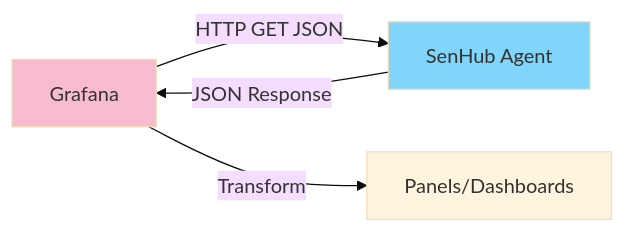
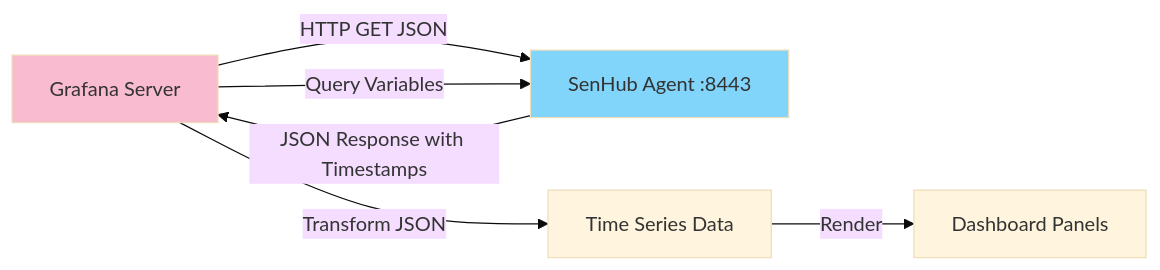
The fourth of 7 diagrams in docs/user-guide/METRICS-USAGE.md (senhub-io/senhub-agent), drawn with Mermaid (base theme) before and after one commit. The commit also changed other lines of this file and 7 other files, not shown here.

````diff
--- a/docs/user-guide/METRICS-USAGE.md
+++ b/docs/user-guide/METRICS-USAGE.md
@@ -448,9 +862,11 @@
 ```mermaid
 graph LR
-    GRAFANA[Grafana] -->|HTTP GET JSON| AGENT[SenHub Agent]
-    AGENT -->|JSON Response| GRAFANA
-    GRAFANA -->|Transform| PANELS[Panels/Dashboards]
+    GRAFANA[Grafana Server] -->|HTTP GET JSON| AGENT[SenHub Agent :8443]
+    AGENT -->|JSON Response with Timestamps| GRAFANA
+    GRAFANA -->|Transform JSON| TIMESERIES[Time Series Data]
+    TIMESERIES -->|Render| PANELS[Dashboard Panels]
+    GRAFANA -->|Query Variables| AGENT
 
     style GRAFANA fill:#f8bbd0
     style AGENT fill:#81d4fa
 ```
````
